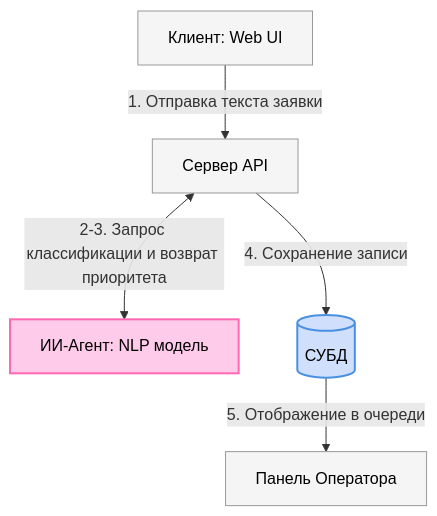
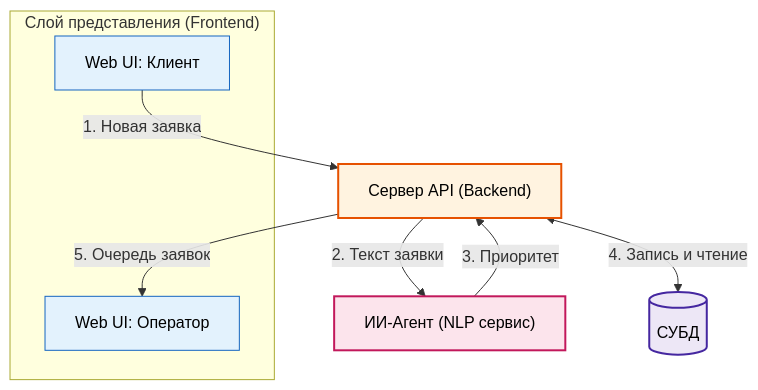
Before and after one commit to Dratyti42/CRM-System: the diagram in README.md, drawn with Mermaid. The commit also changed other lines of this file, not shown here.

````diff
--- a/README.md
+++ b/README.md
@@ -59,13 +59,31 @@
 ```mermaid
 graph TD
-    Client[Клиент: Web UI] -->|1. Отправка текста заявки| API[Сервер API]
-    API <-->|2-3. Запрос классификации и возврат приоритета| AI[ИИ-Агент: NLP модель]
-    API -->|4. Сохранение записи| DB[(СУБД)]
-    DB -->|5. Отображение в очереди| Operator[Панель Оператора]
+    subgraph UI ["Слой представления (Frontend)"]
+        Client["Web UI: Клиент"]
+        Operator["Web UI: Оператор"]
+    end
 
-    style Client fill:#f5f5f5,stroke:#999,stroke-width:1px,color:#000
-    style API fill:#f5f5f5,stroke:#999,stroke-width:1px,color:#000
-    style Operator fill:#f5f5f5,stroke:#999,stroke-width:1px,color:#000
-    style AI fill:#ffcbeb,stroke:#ff69b4,stroke-width:2px,color:#000
-    style DB fill:#d0e0fc,stroke:#4a90e2,stroke-width:2px,color:#000
+    API["Сервер API (Backend)"]
+    AI["ИИ-Агент (NLP сервис)"]
+    DB[("СУБД")]
+
+    %% Шаг 1: Создание заявки клиентом
+    Client -->|1. Новая заявка| API
+
+    %% Шаги 2-3: Взаимодействие с ИИ
+    API -->|2. Текст заявки| AI
+    AI -->|3. Приоритет| API
+
+    %% Шаг 4: Работа с СУБД (запись и последующая выборка)
+    API <-->|4. Запись и чтение| DB
+
+    %% Шаг 5: Передача данных оператору
+    API -->|5. Очередь заявок| Operator
+
+    %% Стили для темной и светлой тем
+    style Client fill:#e3f2fd,stroke:#1565c0,stroke-width:1px,color:#000
+    style Operator fill:#e3f2fd,stroke:#1565c0,stroke-width:1px,color:#000
+    style API fill:#fff3e0,stroke:#e65100,stroke-width:2px,color:#000
+    style AI fill:#fce4ec,stroke:#c2185b,stroke-width:2px,color:#000
+    style DB fill:#ede7f6,stroke:#4527a0,stroke-width:2px,color:#000
 ```
````
